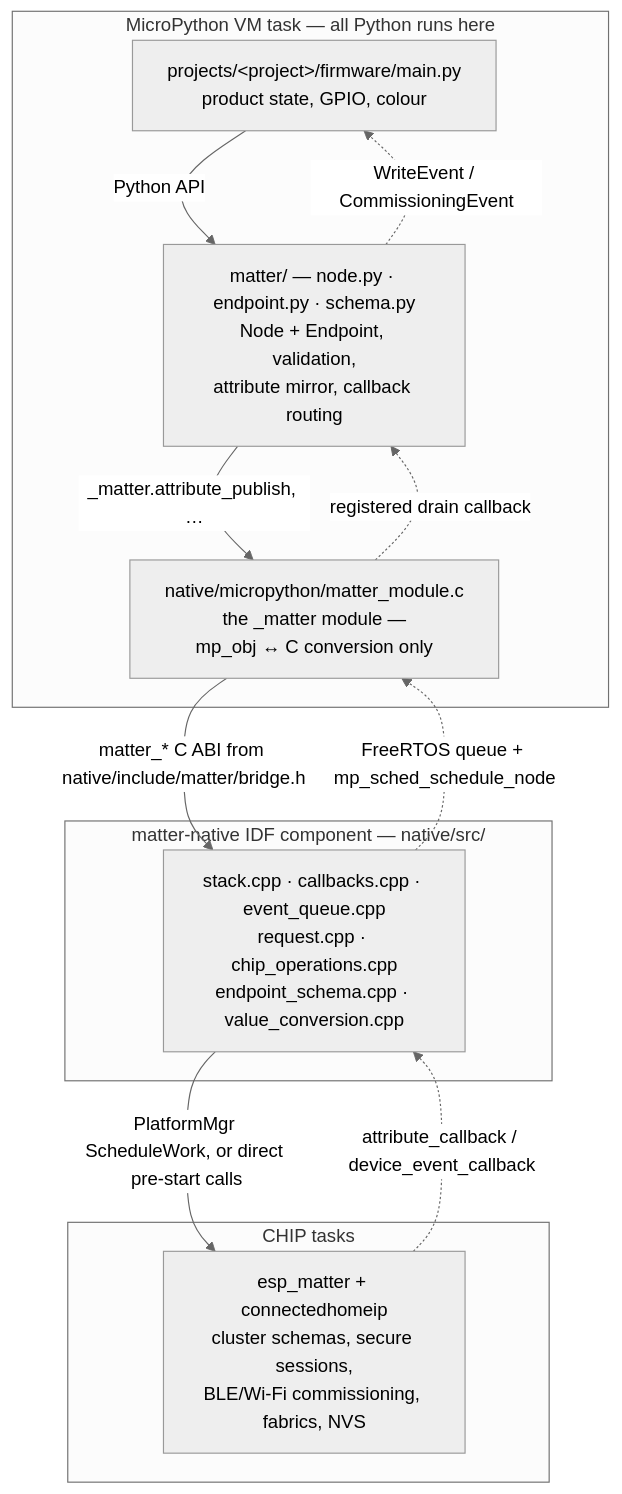
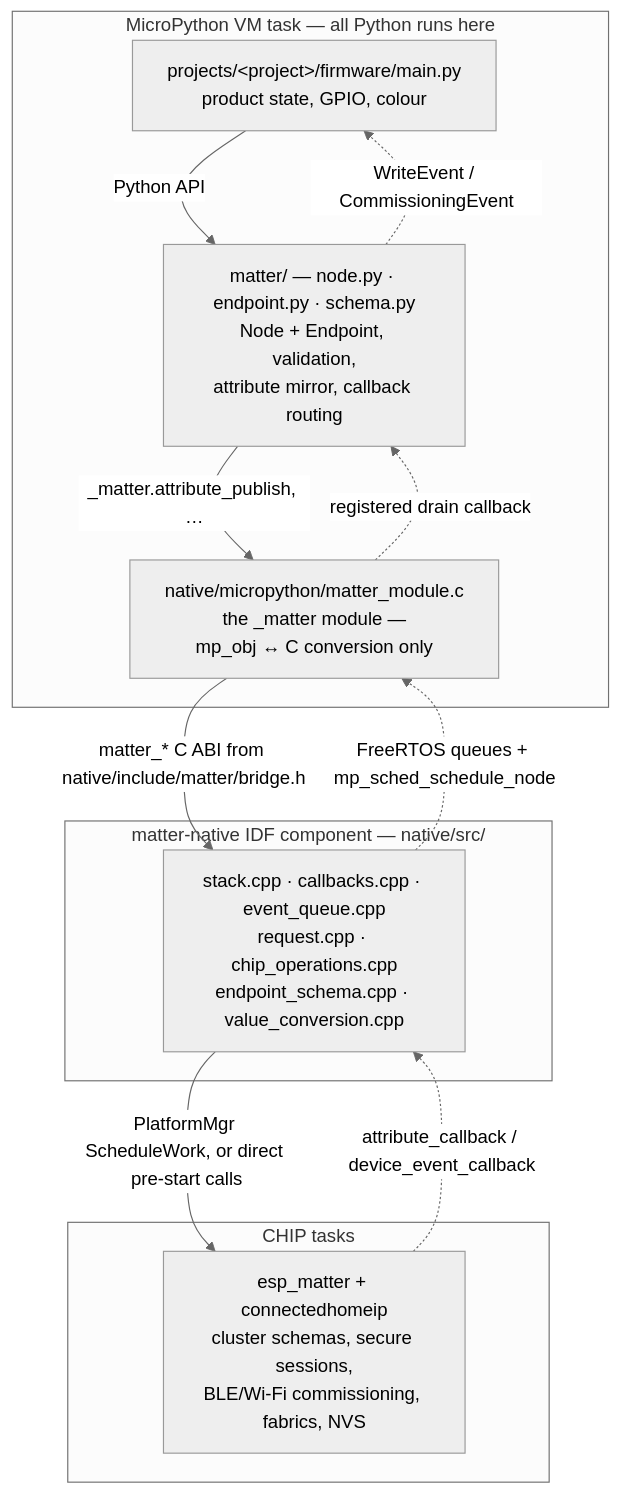
One commit to khlam/micropython-boardfarm changed the first of 5 diagrams in firmware-packages/matter/ARCHITECTURE.md. Above: the diagram before and after it, drawn with Mermaid (neutral theme). The commit also changed other lines of this file and 27 other files, not shown here.

````diff
--- a/firmware-packages/matter/ARCHITECTURE.md
+++ b/firmware-packages/matter/ARCHITECTURE.md
@@ -9,23 +9,23 @@
 ```mermaid
 flowchart TB
     subgraph vm["MicroPython VM task — all Python runs here"]
         app["projects/&lt;project&gt;/firmware/main.py<br/>product state, GPIO, colour"]
         pkg["matter/ — node.py · endpoint.py · schema.py<br/>Node + Endpoint, validation,<br/>attribute mirror, callback routing"]
         mod["native/micropython/matter_module.c<br/>the _matter module —<br/>mp_obj ↔ C conversion only"]
     end
     subgraph comp["matter-native IDF component — native/src/"]
         stack["stack.cpp · callbacks.cpp · event_queue.cpp<br/>request.cpp · chip_operations.cpp<br/>endpoint_schema.cpp · value_conversion.cpp"]
     end
     subgraph chip["CHIP tasks"]
         esp["esp_matter + connectedhomeip<br/>cluster schemas, secure sessions,<br/>BLE/Wi-Fi commissioning, fabrics, NVS"]
     end
 
     app -->|"Python API"| pkg
     pkg -->|"_matter.attribute_publish, …"| mod
     mod -->|"matter_* C ABI from native/include/matter/bridge.h"| stack
     stack -->|"PlatformMgr ScheduleWork, or direct pre-start calls"| esp
     esp -.->|"attribute_callback / device_event_callback"| stack
-    stack -.->|"FreeRTOS queue + mp_sched_schedule_node"| mod
+    stack -.->|"FreeRTOS queues + mp_sched_schedule_node"| mod
     mod -.->|"registered drain callback"| pkg
     pkg -.->|"WriteEvent / CommissioningEvent"| app
 ```
````
